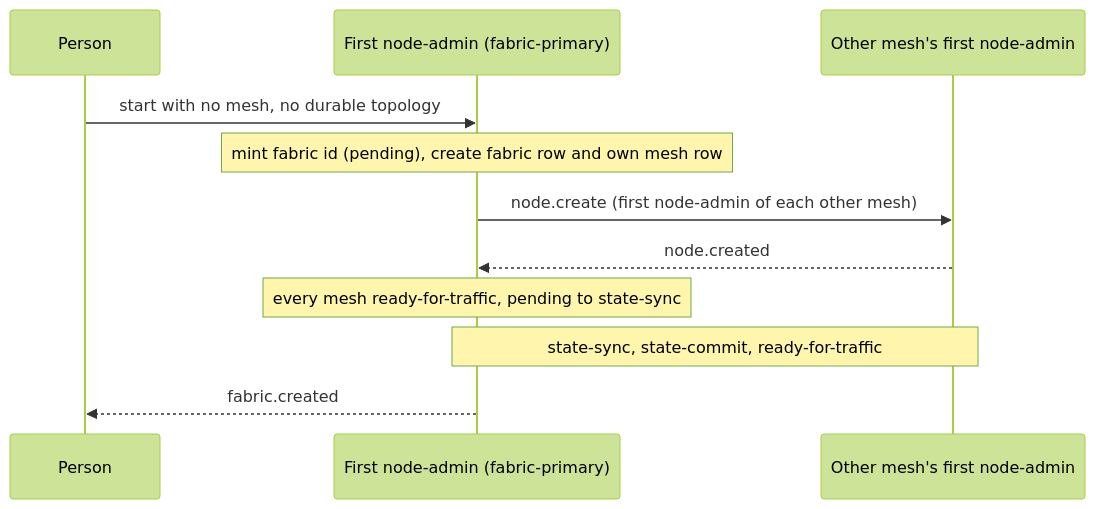
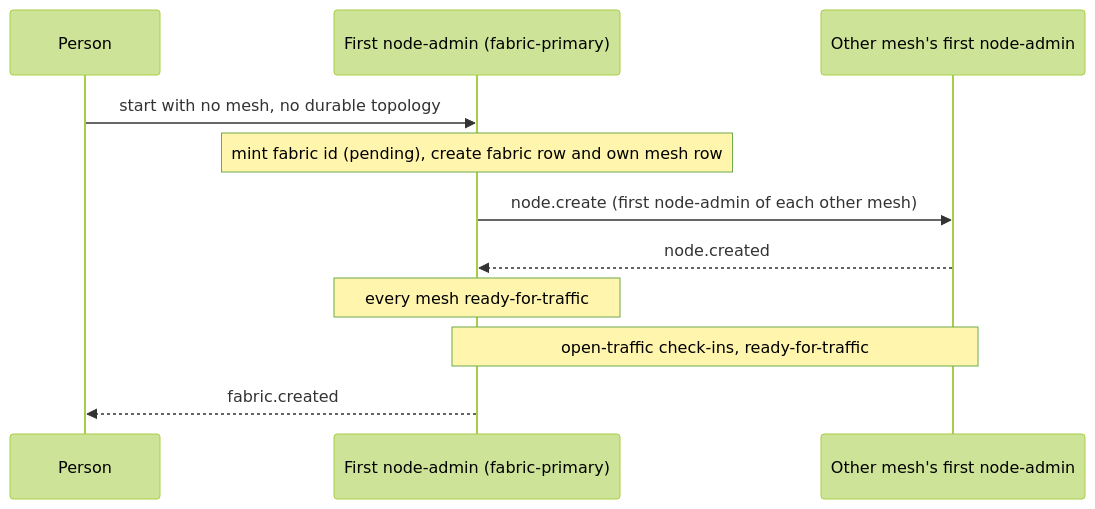
One commit to drlukeangel/rust-distributed-mesh changed the diagram in docs/architecture/lifecycles/fabric-create.md. Above: the diagram before and after it, drawn with Mermaid (forest theme). The commit also changed other lines of this file and 121 other files, not shown here.

````diff
--- a/docs/architecture/lifecycles/fabric-create.md
+++ b/docs/architecture/lifecycles/fabric-create.md
@@ -58,13 +56,13 @@
 ```mermaid
 sequenceDiagram
     participant P as Person
     participant F as First node-admin (fabric-primary)
     participant M as Other mesh's first node-admin
     P->>F: start with no mesh, no durable topology
     Note over F: mint fabric id (pending), create fabric row and own mesh row
     F->>M: node.create (first node-admin of each other mesh)
     M-->>F: node.created
-    Note over F: every mesh ready-for-traffic, pending to state-sync
-    Note over F,M: state-sync, state-commit, ready-for-traffic
+    Note over F: every mesh ready-for-traffic
+    Note over F,M: open-traffic check-ins, ready-for-traffic
     F-->>P: fabric.created
 ```
````
